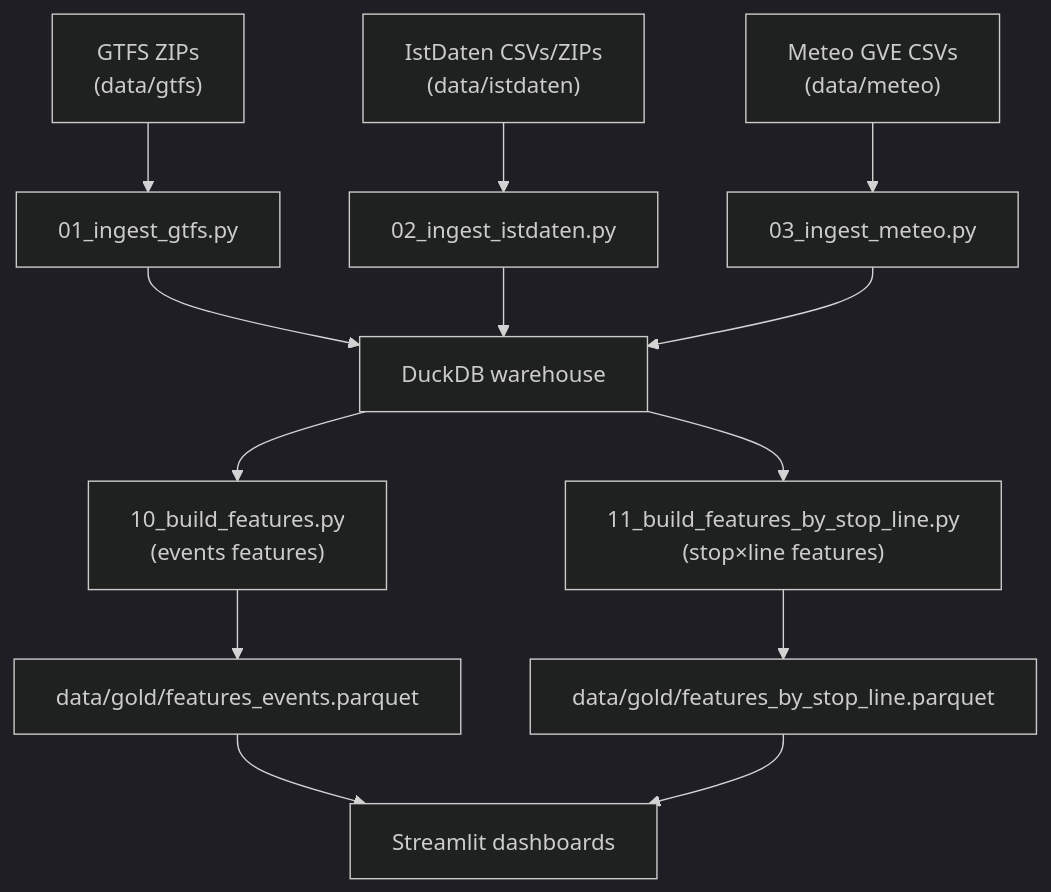
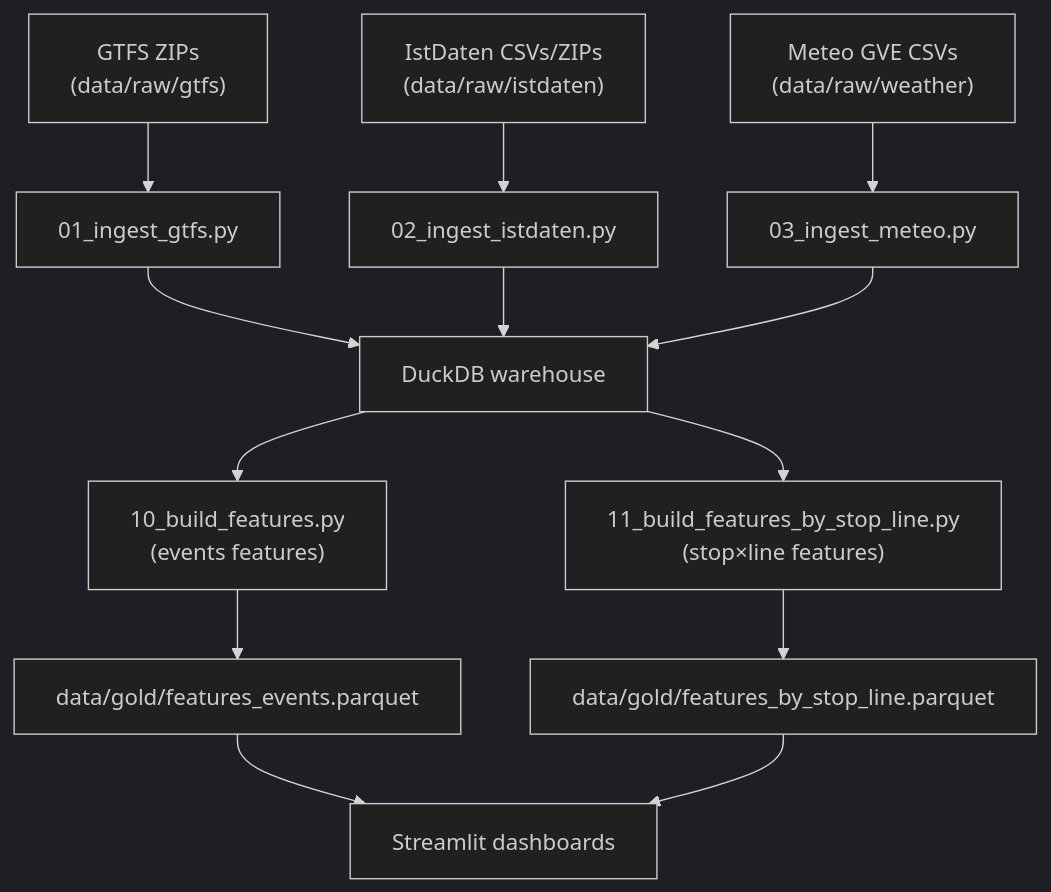
The diagram in README.md (AurelK7/tpg_weather_etl), drawn with Mermaid (dark theme) before and after one commit. The commit also changed other lines of this file and 2 other files, not shown here.

````diff
--- a/README.md
+++ b/README.md
@@ -70,20 +70,20 @@
 ```mermaid
 flowchart TD
-    A["GTFS ZIPs<br/>(data/gtfs)"] --> B["01_ingest_gtfs.py"]
-    A2["IstDaten CSVs/ZIPs<br/>(data/istdaten)"] --> C["02_ingest_istdaten.py"]
-    A3["Meteo GVE CSVs<br/>(data/meteo)"] --> D["03_ingest_meteo.py"]
+    A["GTFS ZIPs<br/>(data/raw/gtfs)"] --> B["01_ingest_gtfs.py"]
+    A2["IstDaten CSVs/ZIPs<br/>(data/raw/istdaten)"] --> C["02_ingest_istdaten.py"]
+    A3["Meteo GVE CSVs<br/>(data/raw/weather)"] --> D["03_ingest_meteo.py"]
 
     B --> E["DuckDB warehouse"]
     C --> E
     D --> E
 
     E --> F["10_build_features.py<br/>(events features)"]
     E --> G["11_build_features_by_stop_line.py<br/>(stop×line features)"]
 
     F --> H["data/gold/features_events.parquet"]
     G --> I["data/gold/features_by_stop_line.parquet"]
 
     H --> J["Streamlit dashboards"]
     I --> J
  
 ```
````
